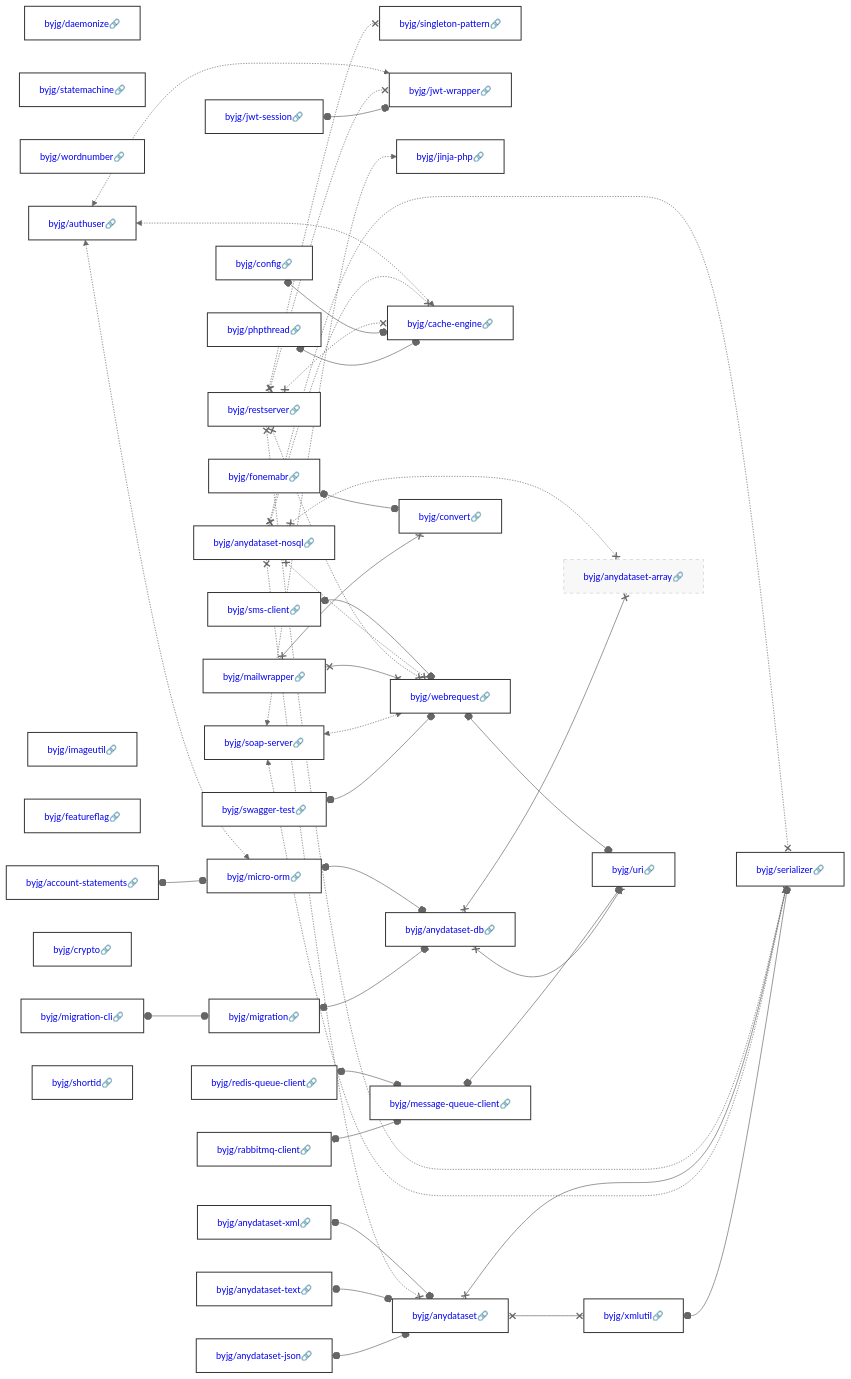
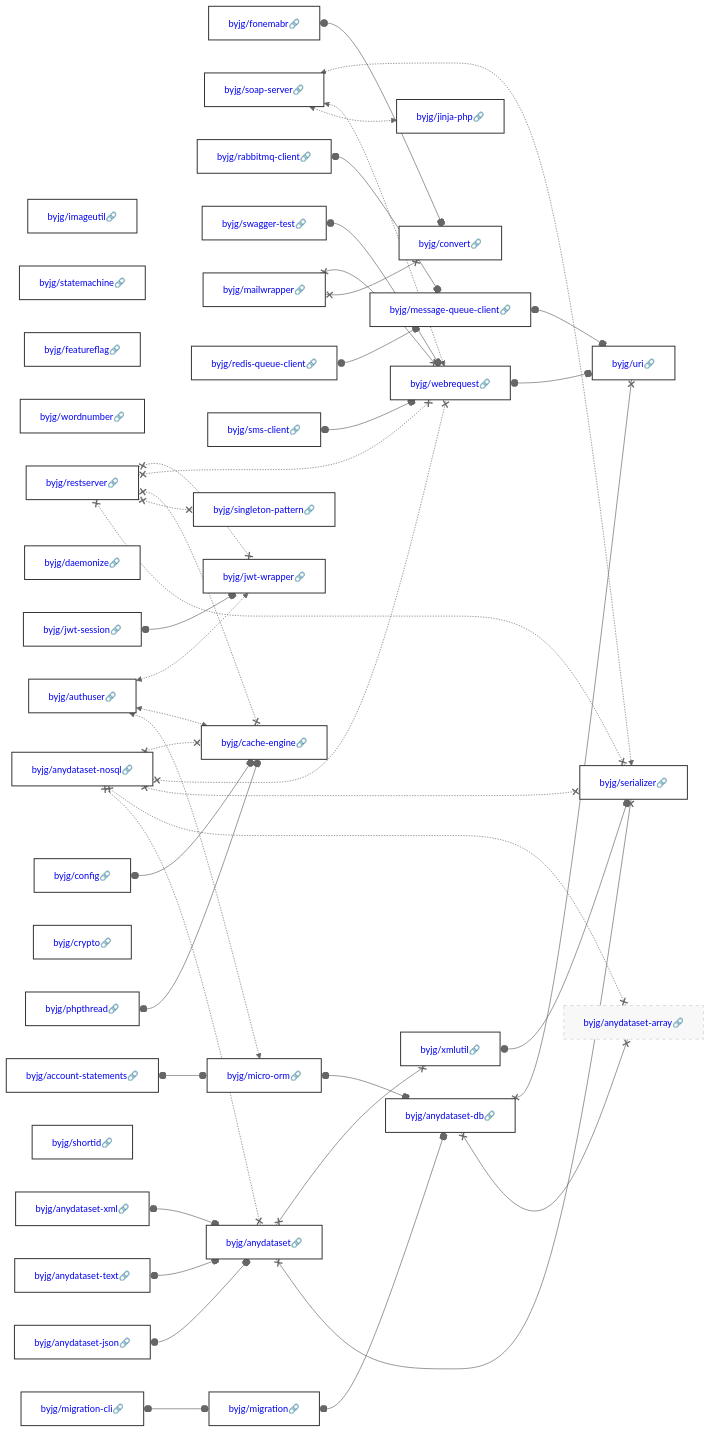
Before and after one commit to byjg/byjg.github.io: the diagram in docs/php/README.md, drawn with Mermaid (neutral theme). The commit also changed other lines of this file and 1 other file, not shown here.

Commit message:
Update documentation 'php' 'php-jwt-wrapper'

````diff
--- a/docs/php/README.md
+++ b/docs/php/README.md
@@ -3,40 +3,40 @@
 ```mermaid
 graph LR;
+  byjg/fonemabr[<a href='https://opensource.byjg.com/docs/php/fonemabr' style='text-decoration:none'>byjg/fonemabr🔗</a>];
+  byjg/imageutil[<a href='https://opensource.byjg.com/docs/php/imageutil' style='text-decoration:none'>byjg/imageutil🔗</a>];
+  byjg/statemachine[<a href='https://opensource.byjg.com/docs/php/statemachine' style='text-decoration:none'>byjg/statemachine🔗</a>];
+  byjg/featureflag[<a href='https://opensource.byjg.com/docs/php/featureflag' style='text-decoration:none'>byjg/featureflag🔗</a>];
+  byjg/soap-server[<a href='https://opensource.byjg.com/docs/php/soap-server' style='text-decoration:none'>byjg/soap-server🔗</a>];
+  byjg/wordnumber[<a href='https://opensource.byjg.com/docs/php/wordnumber' style='text-decoration:none'>byjg/wordnumber🔗</a>];
+  byjg/anydataset-xml[<a href='https://opensource.byjg.com/docs/php/anydataset-xml' style='text-decoration:none'>byjg/anydataset-xml🔗</a>];
   byjg/daemonize[<a href='https://opensource.byjg.com/docs/php/daemonize' style='text-decoration:none'>byjg/daemonize🔗</a>];
-  byjg/fonemabr[<a href='https://opensource.byjg.com/docs/php/fonemabr' style='text-decoration:none'>byjg/fonemabr🔗</a>];
-  byjg/statemachine[<a href='https://opensource.byjg.com/docs/php/statemachine' style='text-decoration:none'>byjg/statemachine🔗</a>];
-  byjg/wordnumber[<a href='https://opensource.byjg.com/docs/php/wordnumber' style='text-decoration:none'>byjg/wordnumber🔗</a>];
+  byjg/rabbitmq-client[<a href='https://opensource.byjg.com/docs/php/rabbitmq-client' style='text-decoration:none'>byjg/rabbitmq-client🔗</a>];
+  byjg/swagger-test[<a href='https://opensource.byjg.com/docs/php/swagger-test' style='text-decoration:none'>byjg/swagger-test🔗</a>];
+  byjg/anydataset-text[<a href='https://opensource.byjg.com/docs/php/anydataset-text' style='text-decoration:none'>byjg/anydataset-text🔗</a>];
+  byjg/account-statements[<a href='https://opensource.byjg.com/docs/php/account-statements' style='text-decoration:none'>byjg/account-statements🔗</a>];
+  byjg/mailwrapper[<a href='https://opensource.byjg.com/docs/php/mailwrapper' style='text-decoration:none'>byjg/mailwrapper🔗</a>];
+  byjg/redis-queue-client[<a href='https://opensource.byjg.com/docs/php/redis-queue-client' style='text-decoration:none'>byjg/redis-queue-client🔗</a>];
+  byjg/migration-cli[<a href='https://opensource.byjg.com/docs/php/migration-cli' style='text-decoration:none'>byjg/migration-cli🔗</a>];
+  byjg/anydataset-nosql[<a href='https://opensource.byjg.com/docs/php/anydataset-nosql' style='text-decoration:none'>byjg/anydataset-nosql🔗</a>];
+  byjg/crypto[<a href='https://opensource.byjg.com/docs/php/crypto' style='text-decoration:none'>byjg/crypto🔗</a>];
+  byjg/jwt-session[<a href='https://opensource.byjg.com/docs/php/jwt-session' style='text-decoration:none'>byjg/jwt-session🔗</a>];
+  byjg/authuser[<a href='https://opensource.byjg.com/docs/php/authuser' style='text-decoration:none'>byjg/authuser🔗</a>];
+  byjg/shortid[<a href='https://opensource.byjg.com/docs/php/shortid' style='text-decoration:none'>byjg/shortid🔗</a>];
+  byjg/phpthread[<a href='https://opensource.byjg.com/docs/php/phpthread' style='text-decoration:none'>byjg/phpthread🔗</a>];
+  byjg/anydataset-json[<a href='https://opensource.byjg.com/docs/php/anydataset-json' style='text-decoration:none'>byjg/anydataset-json🔗</a>];
   byjg/restserver[<a href='https://opensource.byjg.com/docs/php/restserver' style='text-decoration:none'>byjg/restserver🔗</a>];
-  byjg/anydataset-text[<a href='https://opensource.byjg.com/docs/php/anydataset-text' style='text-decoration:none'>byjg/anydataset-text🔗</a>];
-  byjg/migration-cli[<a href='https://opensource.byjg.com/docs/php/migration-cli' style='text-decoration:none'>byjg/migration-cli🔗</a>];
-  byjg/imageutil[<a href='https://opensource.byjg.com/docs/php/imageutil' style='text-decoration:none'>byjg/imageutil🔗</a>];
   byjg/sms-client[<a href='https://opensource.byjg.com/docs/php/sms-client' style='text-decoration:none'>byjg/sms-client🔗</a>];
-  byjg/featureflag[<a href='https://opensource.byjg.com/docs/php/featureflag' style='text-decoration:none'>byjg/featureflag🔗</a>];
-  byjg/phpthread[<a href='https://opensource.byjg.com/docs/php/phpthread' style='text-decoration:none'>byjg/phpthread🔗</a>];
-  byjg/authuser[<a href='https://opensource.byjg.com/docs/php/authuser' style='text-decoration:none'>byjg/authuser🔗</a>];
-  byjg/jwt-session[<a href='https://opensource.byjg.com/docs/php/jwt-session' style='text-decoration:none'>byjg/jwt-session🔗</a>];
-  byjg/soap-server[<a href='https://opensource.byjg.com/docs/php/soap-server' style='text-decoration:none'>byjg/soap-server🔗</a>];
-  byjg/crypto[<a href='https://opensource.byjg.com/docs/php/crypto' style='text-decoration:none'>byjg/crypto🔗</a>];
-  byjg/account-statements[<a href='https://opensource.byjg.com/docs/php/account-statements' style='text-decoration:none'>byjg/account-statements🔗</a>];
-  byjg/rabbitmq-client[<a href='https://opensource.byjg.com/docs/php/rabbitmq-client' style='text-decoration:none'>byjg/rabbitmq-client🔗</a>];
-  byjg/anydataset-xml[<a href='https://opensource.byjg.com/docs/php/anydataset-xml' style='text-decoration:none'>byjg/anydataset-xml🔗</a>];
-  byjg/shortid[<a href='https://opensource.byjg.com/docs/php/shortid' style='text-decoration:none'>byjg/shortid🔗</a>];
-  byjg/swagger-test[<a href='https://opensource.byjg.com/docs/php/swagger-test' style='text-decoration:none'>byjg/swagger-test🔗</a>];
-  byjg/redis-queue-client[<a href='https://opensource.byjg.com/docs/php/redis-queue-client' style='text-decoration:none'>byjg/redis-queue-client🔗</a>];
-  byjg/anydataset-nosql[<a href='https://opensource.byjg.com/docs/php/anydataset-nosql' style='text-decoration:none'>byjg/anydataset-nosql🔗</a>];
   byjg/config[<a href='https://opensource.byjg.com/docs/php/config' style='text-decoration:none'>byjg/config🔗</a>];
-  byjg/anydataset-json[<a href='https://opensource.byjg.com/docs/php/anydataset-json' style='text-decoration:none'>byjg/anydataset-json🔗</a>];
-  byjg/mailwrapper[<a href='https://opensource.byjg.com/docs/php/mailwrapper' style='text-decoration:none'>byjg/mailwrapper🔗</a>];
+  byjg/jinja-php[<a href='https://opensource.byjg.com/docs/php/jinja-php' style='text-decoration:none'>byjg/jinja-php🔗</a>];
+  byjg/convert[<a href='https://opensource.byjg.com/docs/php/convert' style='text-decoration:none'>byjg/convert🔗</a>];
+  byjg/message-queue-client[<a href='https://opensource.byjg.com/docs/php/message-queue-client' style='text-decoration:none'>byjg/message-queue-client🔗</a>];
+  byjg/migration[<a href='https://opensource.byjg.com/docs/php/migration' style='text-decoration:none'>byjg/migration🔗</a>];
+  byjg/micro-orm[<a href='https://opensource.byjg.com/docs/php/micro-orm' style='text-decoration:none'>byjg/micro-orm🔗</a>];
+  byjg/anydataset[<a href='https://opensource.byjg.com/docs/php/anydataset' style='text-decoration:none'>byjg/anydataset🔗</a>];
   byjg/singleton-pattern[<a href='https://opensource.byjg.com/docs/php/singleton-pattern' style='text-decoration:none'>byjg/singleton-pattern🔗</a>];
-  byjg/migration[<a href='https://opensource.byjg.com/docs/php/migration' style='text-decoration:none'>byjg/migration🔗</a>];
   byjg/jwt-wrapper[<a href='https://opensource.byjg.com/docs/php/jwt-wrapper' style='text-decoration:none'>byjg/jwt-wrapper🔗</a>];
-  byjg/jinja-php[<a href='https://opensource.byjg.com/docs/php/jinja-php' style='text-decoration:none'>byjg/jinja-php🔗</a>];
-  byjg/micro-orm[<a href='https://opensource.byjg.com/docs/php/micro-orm' style='text-decoration:none'>byjg/micro-orm🔗</a>];
-  byjg/message-queue-client[<a href='https://opensource.byjg.com/docs/php/message-queue-client' style='text-decoration:none'>byjg/message-queue-client🔗</a>];
+  byjg/webrequest[<a href='https://opensource.byjg.com/docs/php/webrequest' style='text-decoration:none'>byjg/webrequest🔗</a>];
   byjg/cache-engine[<a href='https://opensource.byjg.com/docs/php/cache-engine' style='text-decoration:none'>byjg/cache-engine🔗</a>];
-  byjg/anydataset[<a href='https://opensource.byjg.com/docs/php/anydataset' style='text-decoration:none'>byjg/anydataset🔗</a>];
-  byjg/convert[<a href='https://opensource.byjg.com/docs/php/convert' style='text-decoration:none'>byjg/convert🔗</a>];
-  byjg/webrequest[<a href='https://opensource.byjg.com/docs/php/webrequest' style='text-decoration:none'>byjg/webrequest🔗</a>];
   byjg/anydataset-db[<a href='https://opensource.byjg.com/docs/php/anydataset-db' style='text-decoration:none'>byjg/anydataset-db🔗</a>];
   byjg/xmlutil[<a href='https://opensource.byjg.com/docs/php/xmlutil' style='text-decoration:none'>byjg/xmlutil🔗</a>];
   byjg/anydataset-array[<a href='https://opensource.byjg.com/docs/php/anydataset-array' style='text-decoration:none'>byjg/anydataset-array🔗</a>];
````
